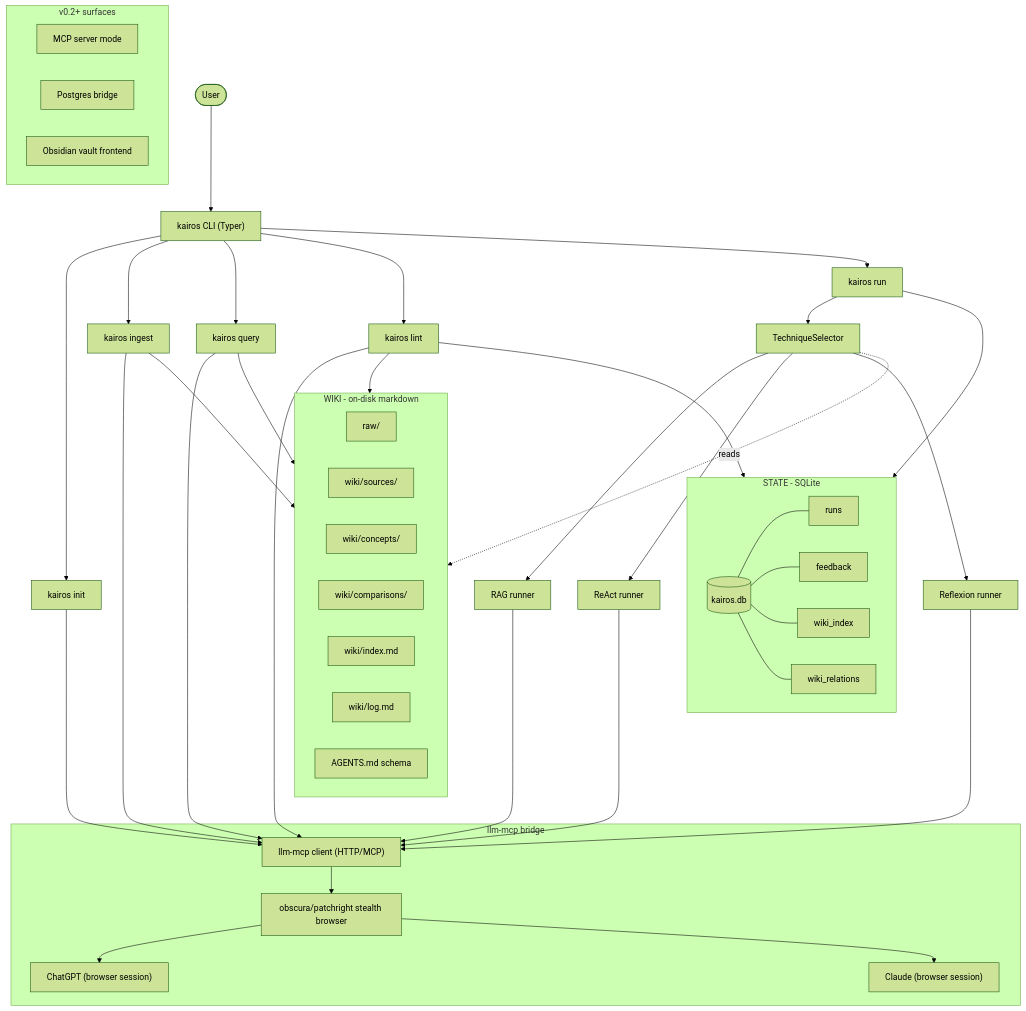
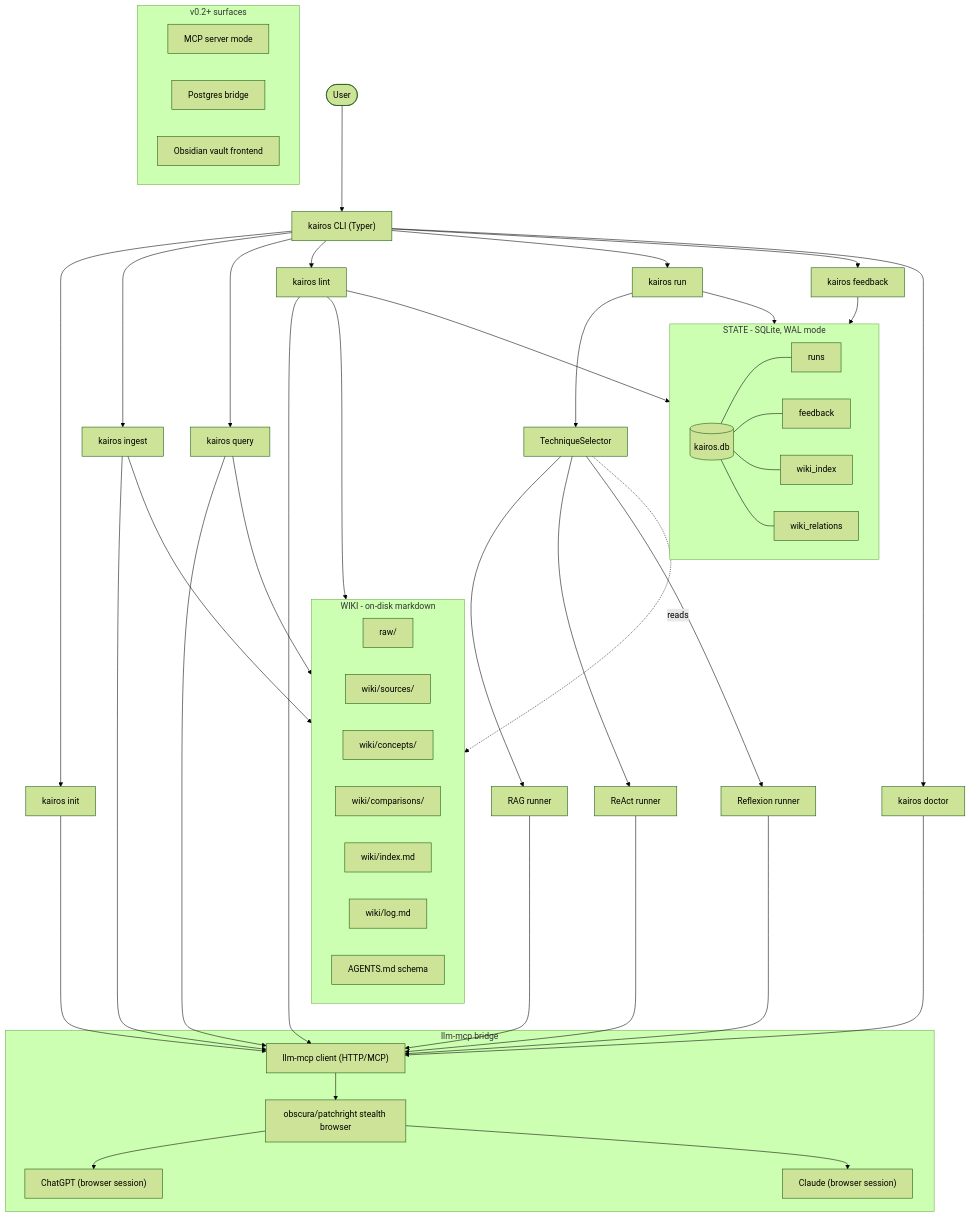
Before and after one commit to vinothhacks/kairos: the second of 3 diagrams in docs/architecture.md, drawn with Mermaid (forest theme). The commit also changed other lines of this file and 42 other files, not shown here.

````diff
--- a/docs/architecture.md
+++ b/docs/architecture.md
@@ -5,69 +46,73 @@
 ```mermaid
 flowchart TB
     User([User]) --> CLI["kairos CLI (Typer)"]
 
     CLI --> Init[kairos init]
     CLI --> Ingest[kairos ingest]
     CLI --> Query[kairos query]
     CLI --> Lint[kairos lint]
     CLI --> Run[kairos run]
+    CLI --> Feedback[kairos feedback]
+    CLI --> Doctor[kairos doctor]
 
     Run --> Selector[TechniqueSelector]
     Selector -.reads.-> WIKI
 
     Selector --> RAG[RAG runner]
     Selector --> ReAct[ReAct runner]
     Selector --> Reflexion[Reflexion runner]
 
     Init --> MCP
     Ingest --> MCP
     Query --> WIKI
     Query --> MCP
     Lint --> WIKI
     Lint --> MCP
     RAG --> MCP
     ReAct --> MCP
     Reflexion --> MCP
+    Doctor --> MCP
 
     Ingest --> WIKI
     Lint --> STATE
     Run --> STATE
+    Feedback --> STATE
 
     subgraph WIKI [WIKI - on-disk markdown]
         Raw[raw/]
         Sources[wiki/sources/]
         Concepts[wiki/concepts/]
         Comparisons[wiki/comparisons/]
         IndexMd[wiki/index.md]
         LogMd[wiki/log.md]
         Schema[AGENTS.md schema]
     end
 
-    subgraph STATE [STATE - SQLite]
+    subgraph STATE [STATE - SQLite, WAL mode]
         DB[(kairos.db)]
         Runs[runs]
-        Feedback[feedback]
-        WikiIndex[wiki_index]
-        WikiRelations[wiki_relations]
+        FbT[feedback]
+        WIT[wiki_index]
+        WRT[wiki_relations]
         DB --- Runs
-        DB --- Feedback
-        DB --- WikiIndex
-        DB --- WikiRelations
+        DB --- FbT
+        DB --- WIT
+        DB --- WRT
     end
 
     subgraph llmmcp [llm-mcp bridge]
         MCP["llm-mcp client (HTTP/MCP)"]
         Stealth["obscura/patchright stealth browser"]
         ChatGPT["ChatGPT (browser session)"]
         ClaudeNode["Claude (browser session)"]
         MCP --> Stealth
         Stealth --> ChatGPT
         Stealth --> ClaudeNode
     end
 
     subgraph future_v02 [v0.2+ surfaces]
         MCPServer["MCP server mode"]
         Postgres["Postgres bridge"]
         Obsidian["Obsidian vault frontend"]
     end
 ```
````
